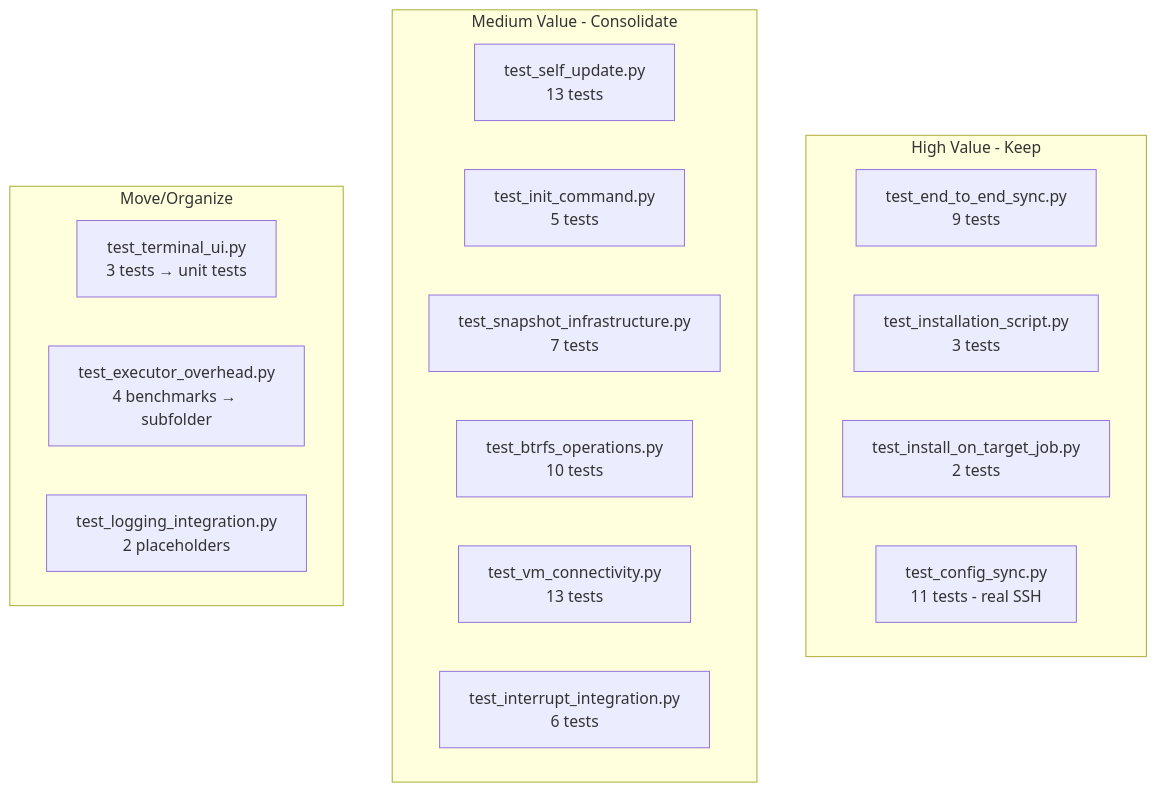
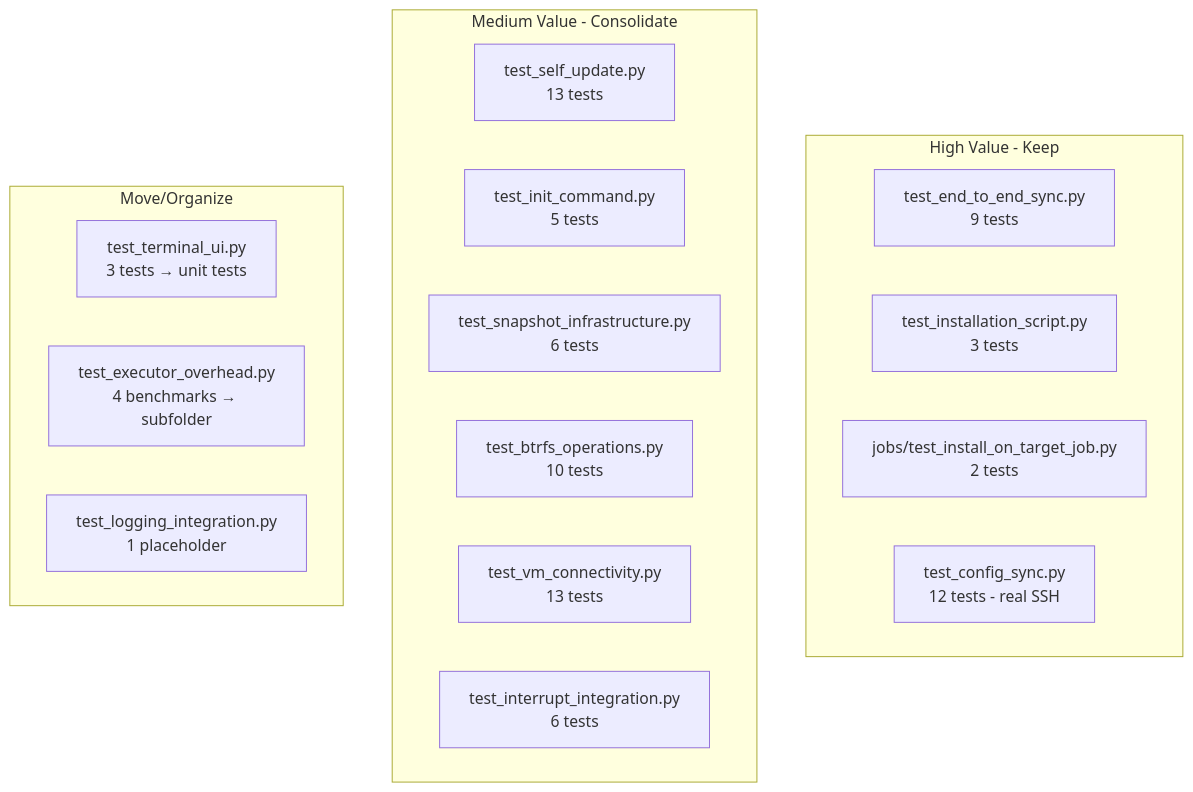
One commit to flaksit/pc-switcher changed the first of 5 diagrams in docs/test-audit-report.md. Above: the diagram before and after it, drawn with Mermaid. The commit also changed other lines of this file, not shown here.

First line of the commit message:
docs: update test audit report with semantic IDs

````diff
--- a/docs/test-audit-report.md
+++ b/docs/test-audit-report.md
@@ -35,24 +35,24 @@
 ```mermaid
 graph TD
     subgraph "High Value - Keep"
         E2E[test_end_to_end_sync.py<br/>9 tests]
         INSTALL_SCRIPT[test_installation_script.py<br/>3 tests]
-        INSTALL_JOB[test_install_on_target_job.py<br/>2 tests]
-        CONFIG_SYNC[test_config_sync.py<br/>11 tests - real SSH]
+        INSTALL_JOB[jobs/test_install_on_target_job.py<br/>2 tests]
+        CONFIG_SYNC[test_config_sync.py<br/>12 tests - real SSH]
     end
 
     subgraph "Medium Value - Consolidate"
         SELF_UPDATE[test_self_update.py<br/>13 tests]
         INIT[test_init_command.py<br/>5 tests]
-        SNAPSHOT[test_snapshot_infrastructure.py<br/>7 tests]
+        SNAPSHOT[test_snapshot_infrastructure.py<br/>6 tests]
         BTRFS[test_btrfs_operations.py<br/>10 tests]
         VM_CONN[test_vm_connectivity.py<br/>13 tests]
         INTERRUPT[test_interrupt_integration.py<br/>6 tests]
     end
 
     subgraph "Move/Organize"
         TERMINAL[test_terminal_ui.py<br/>3 tests → unit tests]
         EXECUTOR[test_executor_overhead.py<br/>4 benchmarks → subfolder]
-        LOGGING[test_logging_integration.py<br/>2 placeholders]
+        LOGGING[test_logging_integration.py<br/>1 placeholder]
     end
 ```
````
